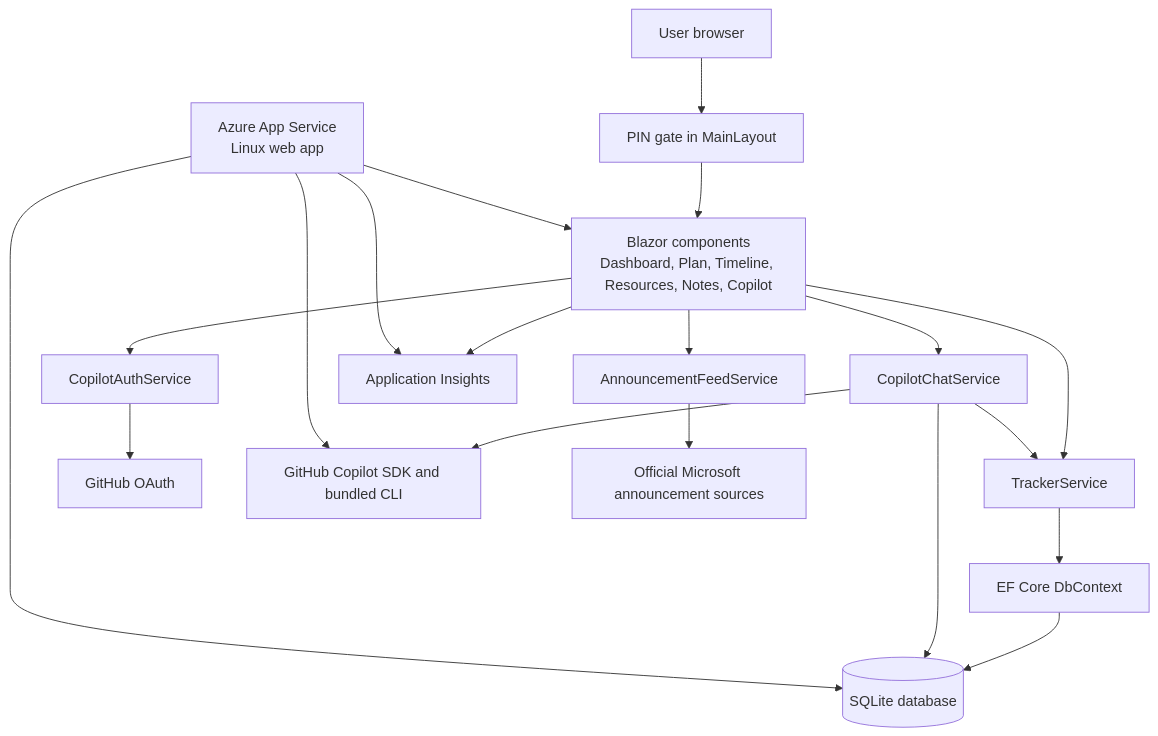
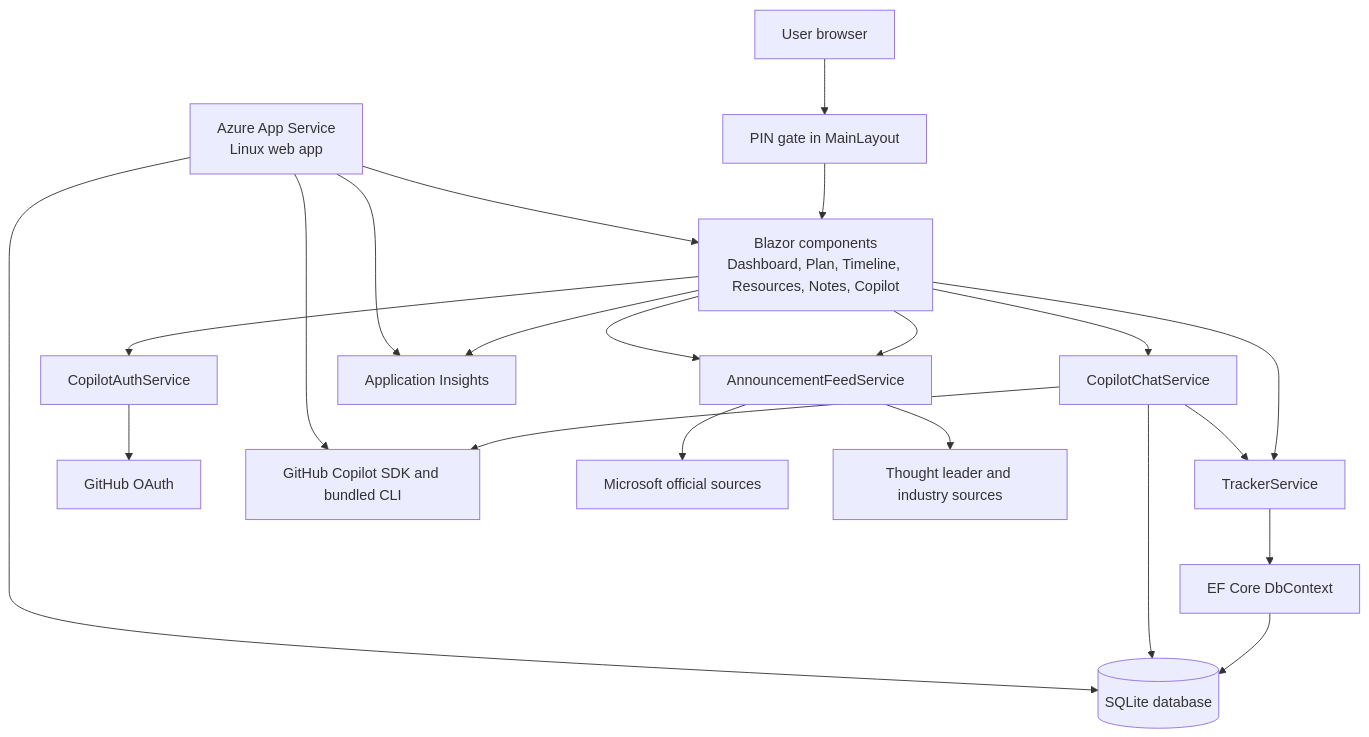
The first of 2 diagrams in arch.md (haslam93/PersonalizedLearningApp), drawn with Mermaid before and after one commit. The commit also changed other lines of this file and 9 other files, not shown here.

````diff
--- a/arch.md
+++ b/arch.md
@@ -21,30 +21,32 @@
 ```mermaid
 flowchart TB
     User[User browser]
     Pin[PIN gate in MainLayout]
   UI[Blazor components\nDashboard, Plan, Timeline, Resources, Notes, Copilot]
   Tracker[TrackerService]
   Feed[AnnouncementFeedService]
   Auth[CopilotAuthService]
   Chat[CopilotChatService]
   GitHubOAuth[GitHub OAuth]
   CopilotSdk[GitHub Copilot SDK and bundled CLI]
     Data[EF Core DbContext]
     Sqlite[(SQLite database)]
     AppInsights[Application Insights]
-  MicrosoftNews[Official Microsoft announcement sources]
+  MicrosoftNews[Microsoft official sources]
+  IndustryNews[Thought leader and industry sources]
   AppService[Azure App Service\nLinux web app]
 
     User --> Pin --> UI
   UI --> Tracker --> Data --> Sqlite
   UI --> Feed --> MicrosoftNews
+  UI --> Feed --> IndustryNews
   UI --> Auth --> GitHubOAuth
   UI --> Chat --> CopilotSdk
   Chat --> Tracker
   Chat --> Sqlite
     UI --> AppInsights
     AppService --> UI
     AppService --> Sqlite
     AppService --> AppInsights
   AppService --> CopilotSdk
 ```
````
